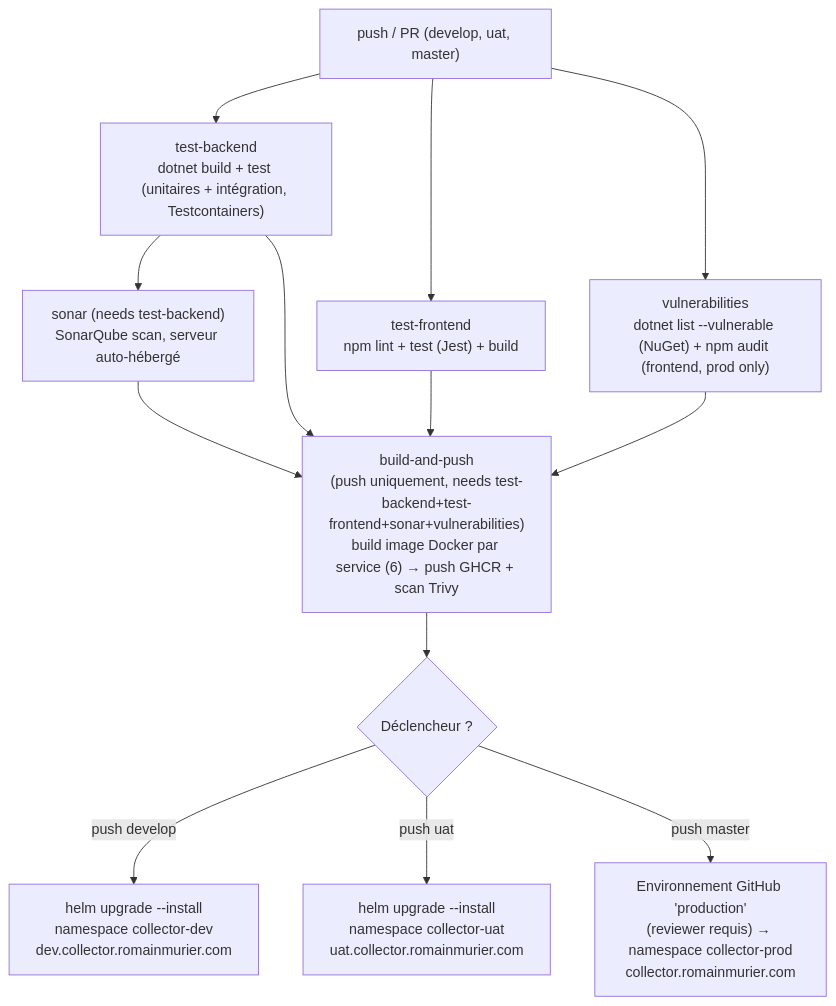
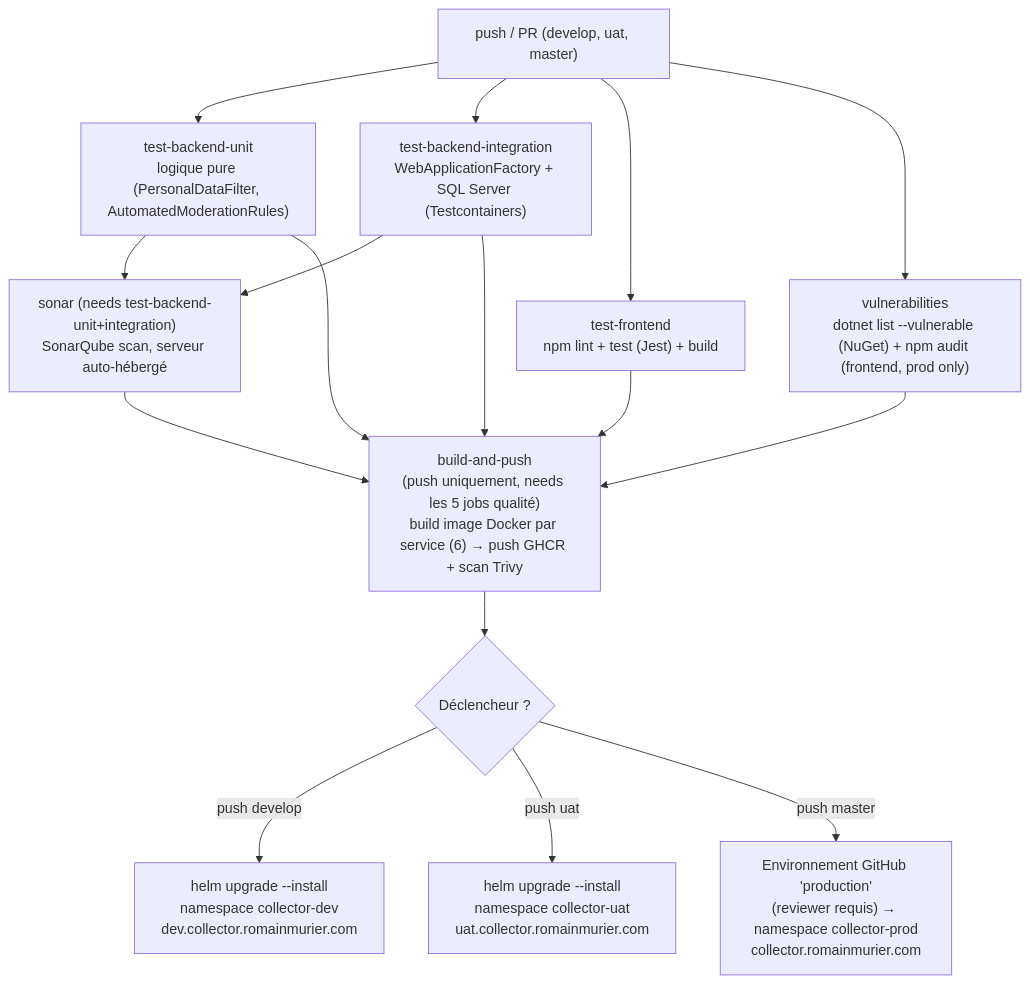
The second of 2 diagrams in README.md (RMurier/CESI-CUBE-3-BAC-5-INDIVIDUEL), drawn with Mermaid before and after one commit. The commit also changed other lines of this file and 9 other files, not shown here.

First line of the commit message:
ci: split backend tests into unit vs integration jobs, limit test parallelism

````diff
--- a/README.md
+++ b/README.md
@@ -297,15 +300,18 @@
 ```mermaid
 flowchart TD
-    A["push / PR (develop, uat, master)"] --> B["test-backend<br/>dotnet build + test (unitaires + intégration, Testcontainers)"]
+    A["push / PR (develop, uat, master)"] --> B["test-backend-unit<br/>logique pure (PersonalDataFilter, AutomatedModerationRules)"]
+    A --> B2["test-backend-integration<br/>WebApplicationFactory + SQL Server (Testcontainers)"]
     A --> C["test-frontend<br/>npm lint + test (Jest) + build"]
     A --> D["vulnerabilities<br/>dotnet list --vulnerable (NuGet) + npm audit (frontend, prod only)"]
-    B --> E["sonar (needs test-backend)<br/>SonarQube scan, serveur auto-hébergé"]
-    B --> F["build-and-push<br/>(push uniquement, needs test-backend+test-frontend+sonar+vulnerabilities)<br/>build image Docker par service (6) → push GHCR + scan Trivy"]
+    B --> E["sonar (needs test-backend-unit+integration)<br/>SonarQube scan, serveur auto-hébergé"]
+    B2 --> E
+    B --> F["build-and-push<br/>(push uniquement, needs les 5 jobs qualité)<br/>build image Docker par service (6) → push GHCR + scan Trivy"]
+    B2 --> F
     C --> F
     D --> F
     E --> F
     F --> G{"Déclencheur ?"}
     G -->|push develop| H["helm upgrade --install<br/>namespace collector-dev<br/>dev.collector.romainmurier.com"]
     G -->|push uat| I["helm upgrade --install<br/>namespace collector-uat<br/>uat.collector.romainmurier.com"]
     G -->|push master| J["Environnement GitHub 'production'<br/>(reviewer requis) → namespace collector-prod<br/>collector.romainmurier.com"]
 ```
````
